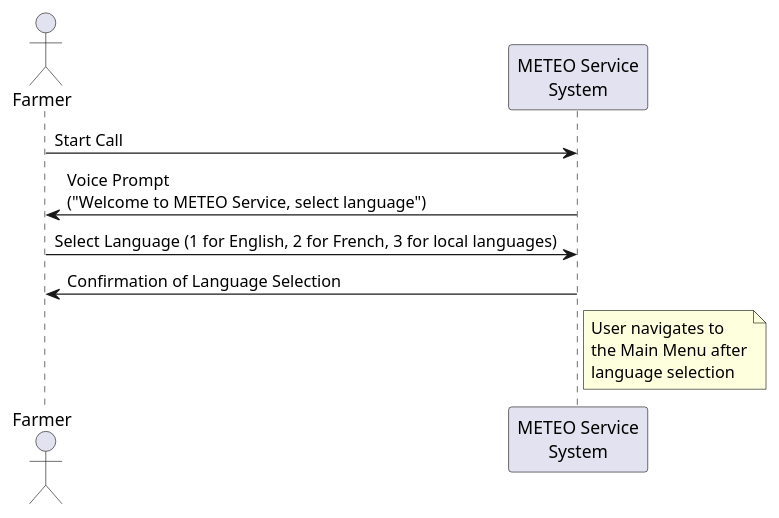
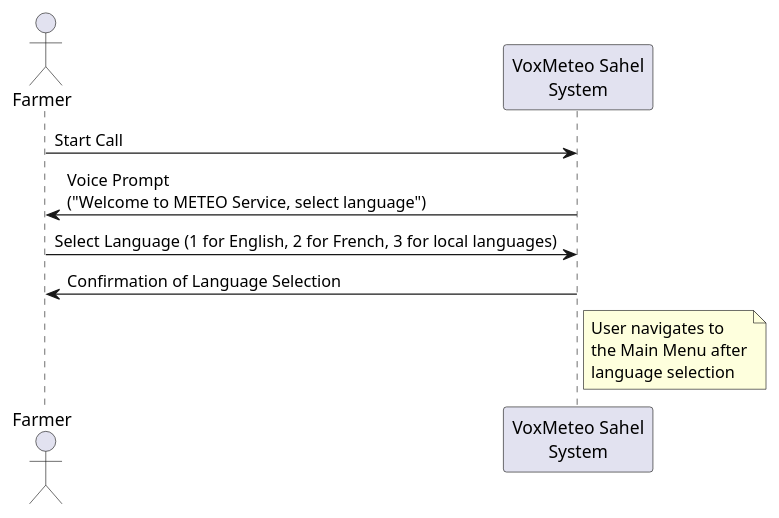
One commit to yleinl/ICT4D changed the diagram in puml/welcome-sequence.puml. Above: the diagram before and after it, drawn with PlantUML.

Commit message:
update all puml files

```diff
--- a/puml/welcome-sequence.puml
+++ b/puml/welcome-sequence.puml
@@ -1,11 +1,11 @@
 @startuml
 actor User as "Farmer"
-participant "METEO Service\nSystem" as System
+participant "VoxMeteo Sahel\nSystem" as System
 
 User -> System : Start Call
 System -> User : Voice Prompt\n("Welcome to METEO Service, select language")
 User -> System : Select Language (1 for English, 2 for French, 3 for local languages)
 System -> User : Confirmation of Language Selection
 
 note right of System : User navigates to\nthe Main Menu after\nlanguage selection
 @enduml
```
